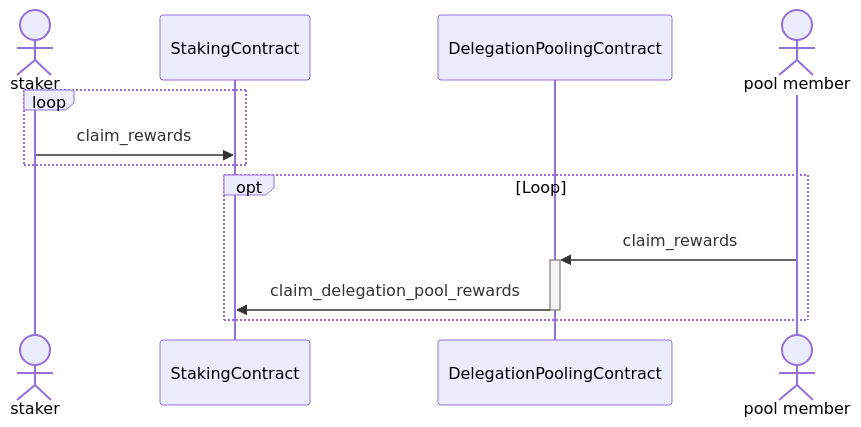
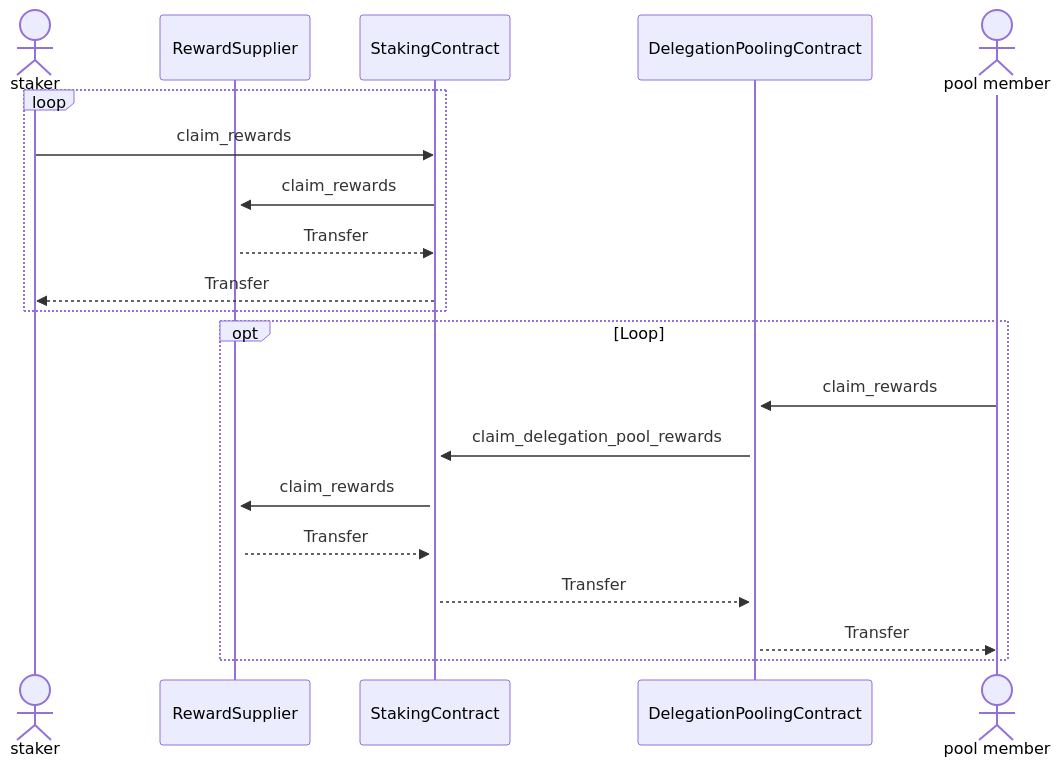
The fifth of 8 diagrams in workspace/apps/staking/docs/spec.md (starkware-libs/starknet-staking), drawn with Mermaid before and after one commit.

Commit message:
chore(staking): add reward supplier to claim flow diagram (#1694)

````diff
--- a/workspace/apps/staking/docs/spec.md
+++ b/workspace/apps/staking/docs/spec.md
@@ -294,14 +294,22 @@
 ```mermaid
 sequenceDiagram
   actor staker
+  participant RewardSupplier
   participant StakingContract
   participant DelegationPoolingContract
   actor pool member
   Loop
     staker ->> StakingContract: claim_rewards
+    StakingContract ->>+ RewardSupplier: claim_rewards
+    RewardSupplier -->> StakingContract: Transfer
+    StakingContract -->> staker: Transfer
   end
   opt Loop
     pool member ->>+ DelegationPoolingContract: claim_rewards
-    DelegationPoolingContract ->>- StakingContract: claim_delegation_pool_rewards
+    DelegationPoolingContract ->>+ StakingContract: claim_delegation_pool_rewards
+    StakingContract ->>+ RewardSupplier: claim_rewards
+    RewardSupplier -->> StakingContract: Transfer
+    StakingContract -->> DelegationPoolingContract: Transfer
+    DelegationPoolingContract -->> pool member: Transfer
   end
 ```
````
